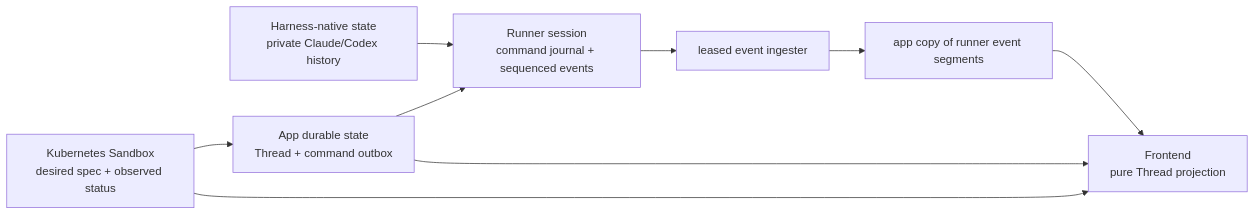
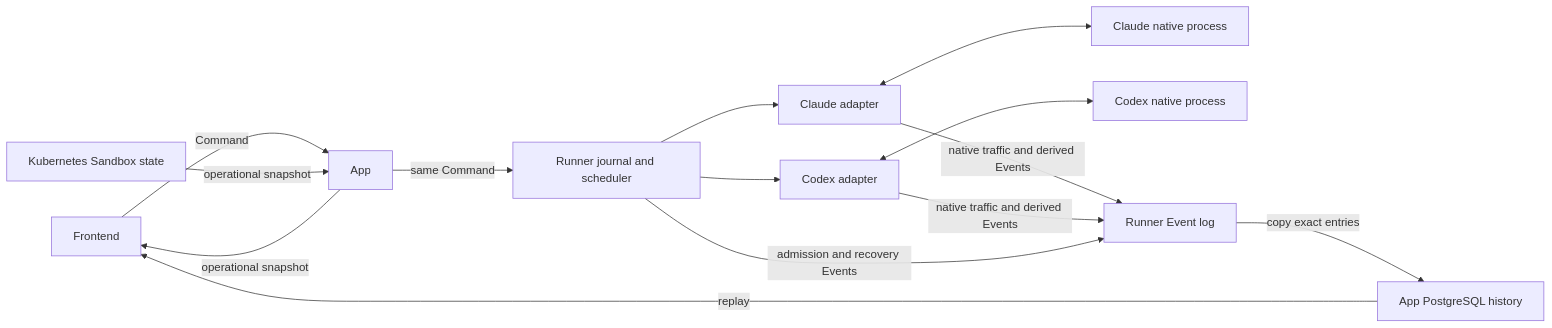
The first of 6 diagrams in x/agentplane/docs/thread_layering.md (agentydragon/ducktape), drawn with Mermaid before and after one commit. The commit also changed other lines of this file and 6 other files, not shown here.

````diff
--- a/x/agentplane/docs/thread_layering.md
+++ b/x/agentplane/docs/thread_layering.md
@@ -16,11 +32,16 @@
 ```mermaid
 flowchart LR
-    H[Harness-native state<br/>private Claude/Codex history] --> R[Runner session<br/>command journal + sequenced events]
-    A[App durable state<br/>Thread + command outbox] --> R
-    R --> I[leased event ingester]
-    I --> E[app copy of runner event segments]
-    K[Kubernetes Sandbox<br/>desired spec + observed status] --> A
-    A --> F[Frontend<br/>pure Thread projection]
-    E --> F
-    K --> F
+    F[Frontend] -->|Command| A[App]
+    A -->|same Command| R[Runner journal and scheduler]
+    R --> C[Claude adapter]
+    R --> D[Codex adapter]
+    C <--> H1[Claude native process]
+    D <--> H2[Codex native process]
+    C -->|native traffic and derived Events| E[Runner Event log]
+    D -->|native traffic and derived Events| E
+    R -->|admission and recovery Events| E
+    E -->|copy exact entries| P[App PostgreSQL history]
+    P -->|replay| F
+    K[Kubernetes Sandbox state] -->|operational snapshot| A
+    A -->|operational snapshot| F
 ```
````
